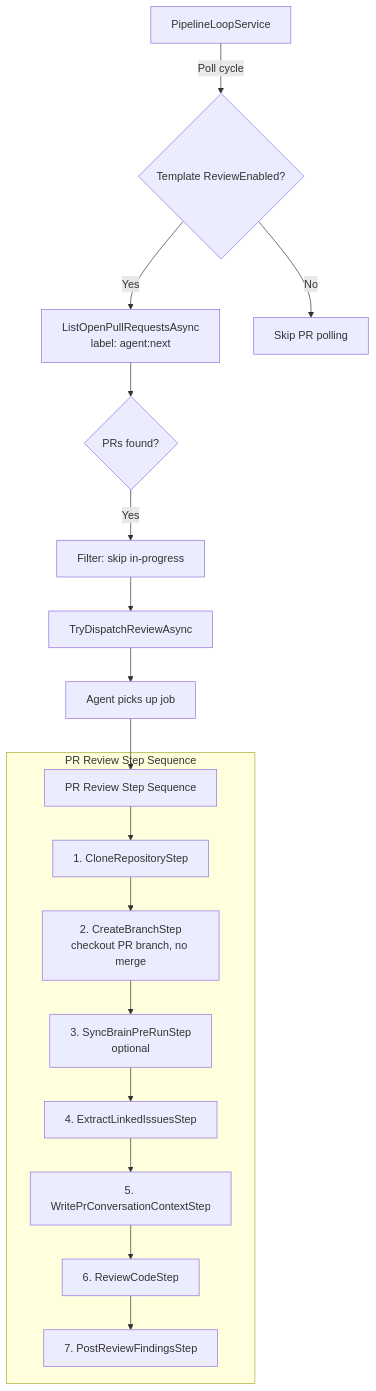
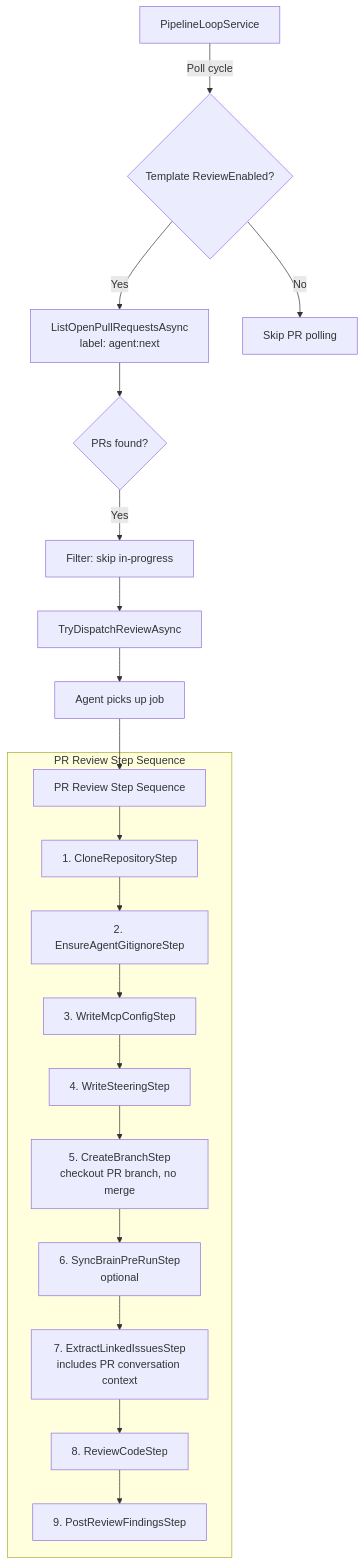
Before and after one commit to Chemsorly/coding-agent-automation: the fifth of 10 diagrams in docs/pipeline-orchestration.md, drawn with Mermaid. The commit also changed other lines of this file and 5 other files, not shown here.

````diff
--- a/docs/pipeline-orchestration.md
+++ b/docs/pipeline-orchestration.md
@@ -207,21 +208,23 @@
 ```mermaid
 flowchart TD
     A[PipelineLoopService] -->|Poll cycle| B{Template ReviewEnabled?}
     B -->|Yes| C[ListOpenPullRequestsAsync<br/>label: agent:next]
     B -->|No| D[Skip PR polling]
     C --> E{PRs found?}
     E -->|Yes| F[Filter: skip in-progress]
     F --> G[TryDispatchReviewAsync]
     G --> H[Agent picks up job]
     H --> I[PR Review Step Sequence]
     
     subgraph "PR Review Step Sequence"
         I --> S1[1. CloneRepositoryStep]
-        S1 --> S2[2. CreateBranchStep<br/>checkout PR branch, no merge]
-        S2 --> S3[3. SyncBrainPreRunStep<br/>optional]
-        S3 --> S4[4. ExtractLinkedIssuesStep]
-        S4 --> S4b[5. WritePrConversationContextStep]
-        S4b --> S5[6. ReviewCodeStep]
-        S5 --> S6[7. PostReviewFindingsStep]
+        S1 --> S1b[2. EnsureAgentGitignoreStep]
+        S1b --> S1c[3. WriteMcpConfigStep]
+        S1c --> S1d[4. WriteSteeringStep]
+        S1d --> S2[5. CreateBranchStep<br/>checkout PR branch, no merge]
+        S2 --> S3[6. SyncBrainPreRunStep<br/>optional]
+        S3 --> S4[7. ExtractLinkedIssuesStep<br/>includes PR conversation context]
+        S4 --> S5[8. ReviewCodeStep]
+        S5 --> S6[9. PostReviewFindingsStep]
     end
 ```
````
